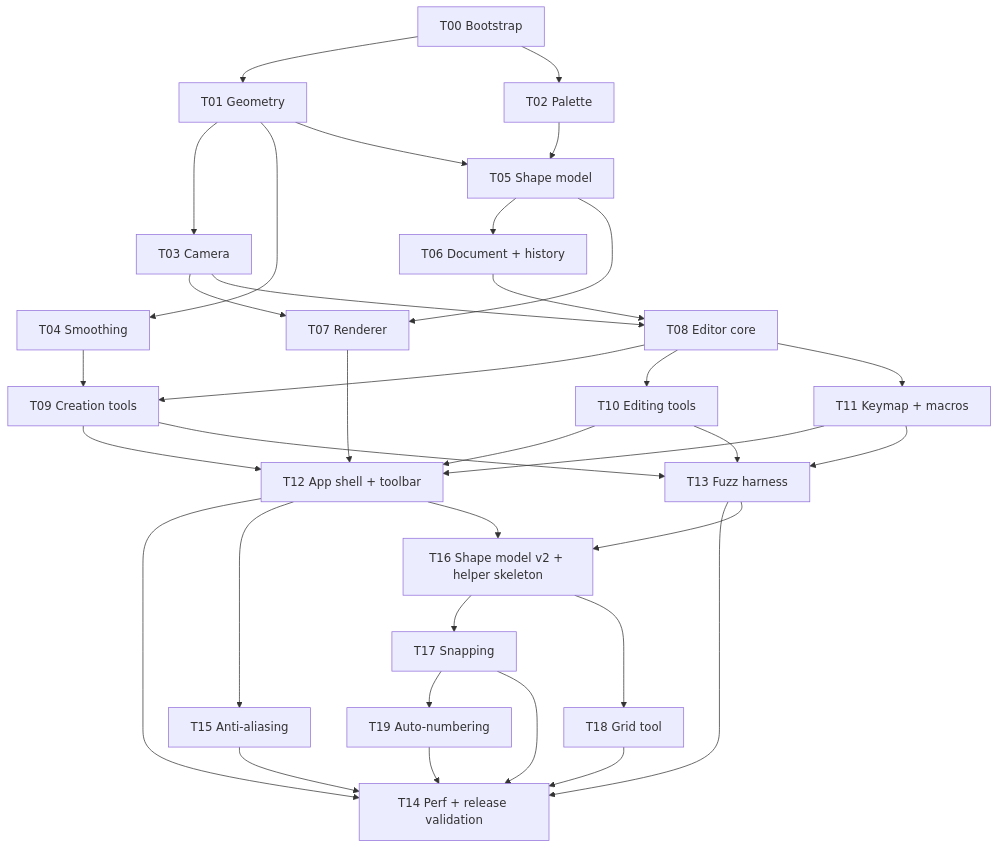
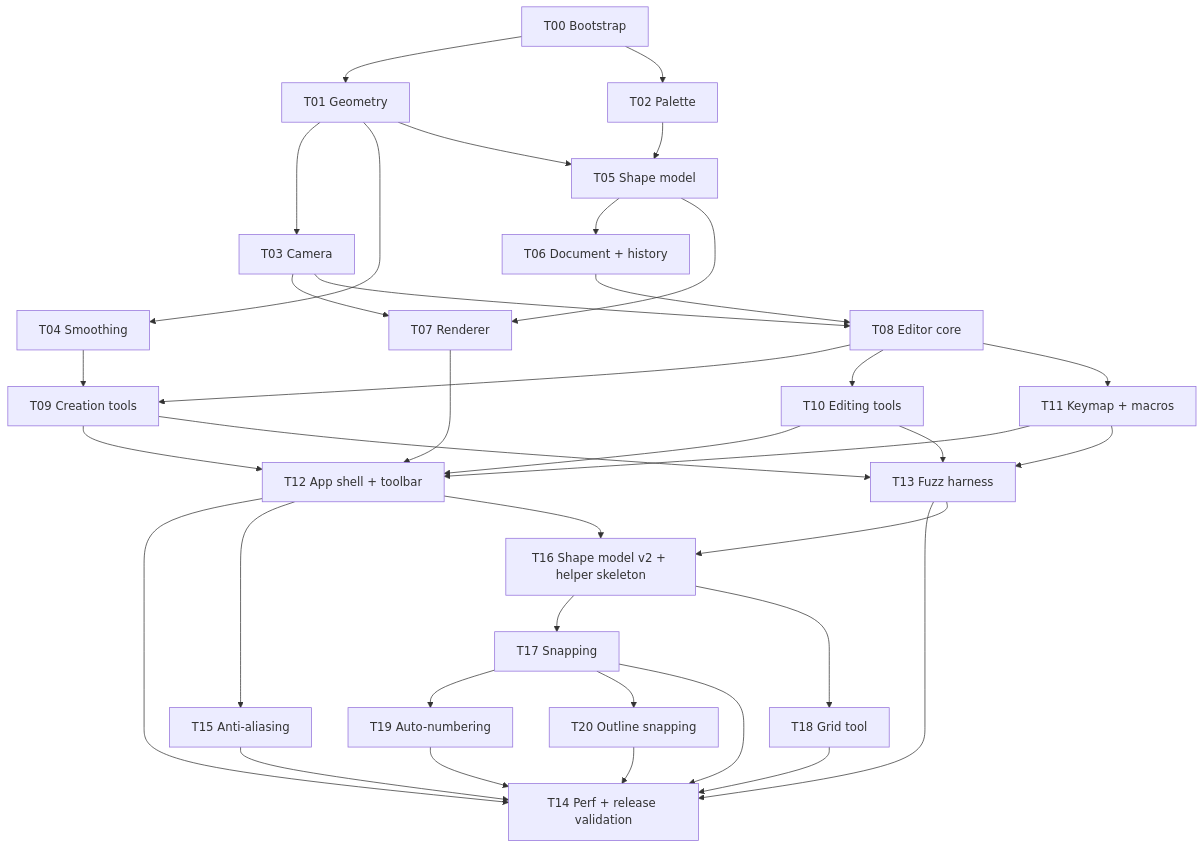
One commit to UmBender/draw changed the diagram in docs/tasks/Task Board.md. Above: the diagram before and after it, drawn with Mermaid. The commit also changed other lines of this file and 3 other files, not shown here.

First line of the commit message:
docs: plan T20 outline snapping

````diff
--- a/docs/tasks/Task Board.md
+++ b/docs/tasks/Task Board.md
@@ -12,37 +12,39 @@
 ```mermaid
 flowchart TD
   T00[T00 Bootstrap] --> T01[T01 Geometry]
   T00 --> T02[T02 Palette]
   T01 --> T03[T03 Camera]
   T01 --> T04[T04 Smoothing]
   T01 --> T05[T05 Shape model]
   T02 --> T05
   T05 --> T06[T06 Document + history]
   T03 --> T07[T07 Renderer]
   T05 --> T07
   T03 --> T08[T08 Editor core]
   T06 --> T08
   T08 --> T09[T09 Creation tools]
   T04 --> T09
   T08 --> T10[T10 Editing tools]
   T08 --> T11[T11 Keymap + macros]
   T07 --> T12[T12 App shell + toolbar]
   T09 --> T12
   T10 --> T12
   T11 --> T12
   T09 --> T13[T13 Fuzz harness]
   T10 --> T13
   T11 --> T13
   T12 --> T14[T14 Perf + release validation]
   T13 --> T14
   T12 --> T15[T15 Anti-aliasing]
   T12 --> T16[T16 Shape model v2 + helper skeleton]
   T13 --> T16
   T16 --> T17[T17 Snapping]
   T16 --> T18[T18 Grid tool]
   T17 --> T19[T19 Auto-numbering]
+  T17 --> T20[T20 Outline snapping]
   T15 --> T14
   T17 --> T14
   T18 --> T14
   T19 --> T14
+  T20 --> T14
 ```
````
